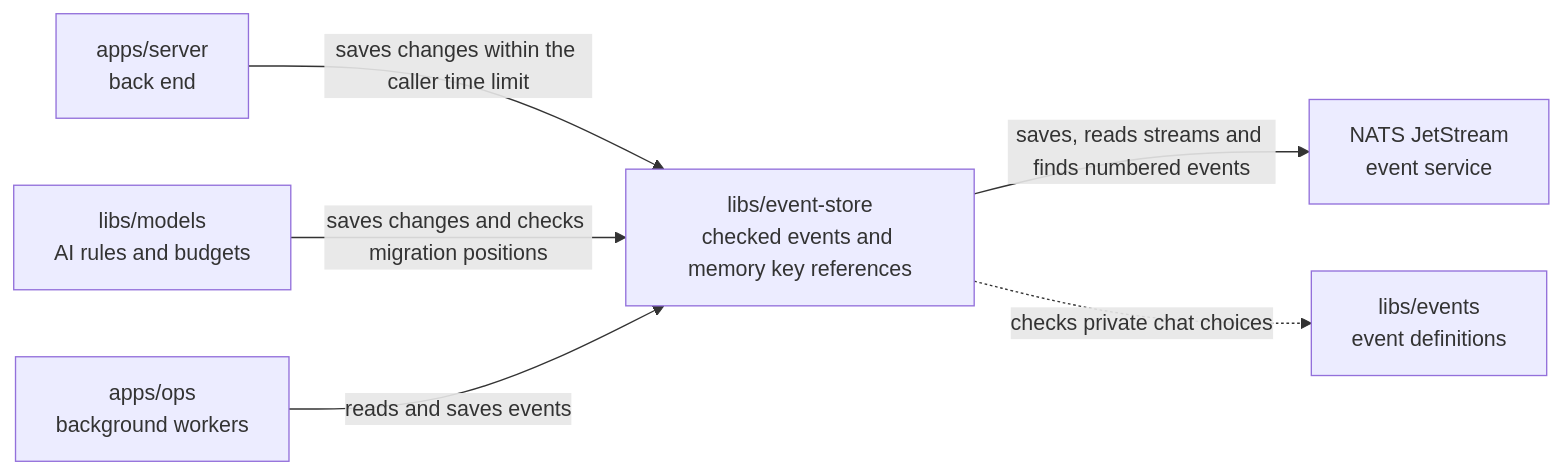
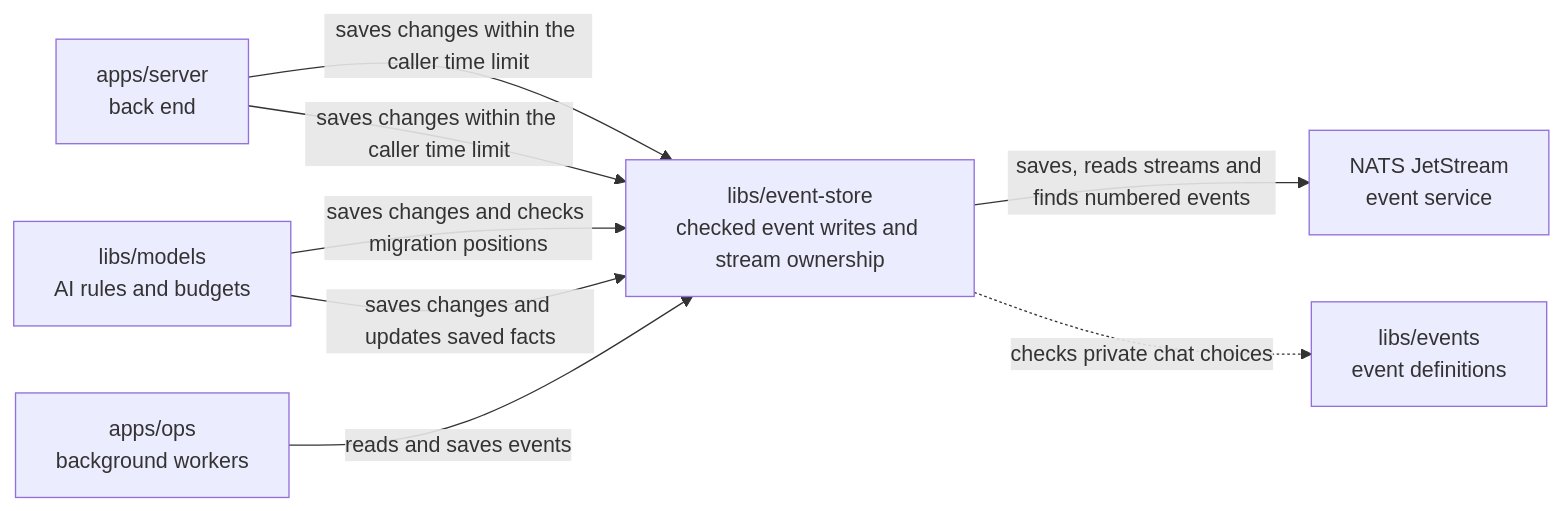
One commit to elewa-git/opencrane-new changed the diagram in libs/event-store/README.md. Above: the diagram before and after it, drawn with Mermaid. The commit also changed other lines of this file and 19 other files, not shown here.

````diff
--- a/libs/event-store/README.md
+++ b/libs/event-store/README.md
@@ -22,8 +22,11 @@
 ```mermaid
 flowchart LR
   server["apps/server<br/>back end"] -->|saves changes within the caller time limit| store["libs/event-store<br/>checked events and memory key references"]
   models["libs/models<br/>AI rules and budgets"] -->|saves changes and checks migration positions| store
+
+server["apps/server<br/>back end"] -->|saves changes within the caller time limit| store["libs/event-store<br/>checked event writes and stream ownership"]
+  models["libs/models<br/>AI rules and budgets"] -->|saves changes and updates saved facts| store
   ops["apps/ops<br/>background workers"] -->|reads and saves events| store
   store -->|saves, reads streams and finds numbered events| nats["NATS JetStream<br/>event service"]
   store -.->|checks private chat choices| events["libs/events<br/>event definitions"]
 ```
````
